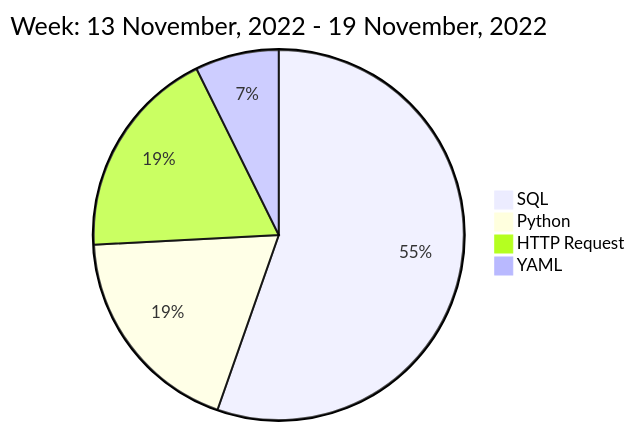
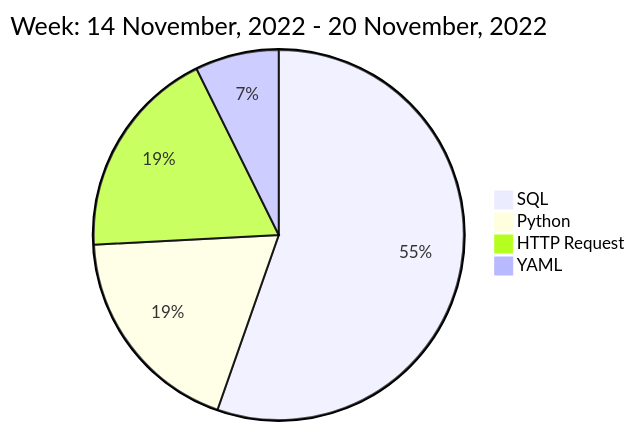
Before and after one commit to liubin95/liubin95: the diagram in README.md, drawn with Mermaid.

Commit message:
Updated the Graph with new Metrics

````diff
--- a/README.md
+++ b/README.md
@@ -40,8 +40,8 @@
 ```mermaid
  pie
-title Week: 13 November, 2022 - 19 November, 2022
+title Week: 14 November, 2022 - 20 November, 2022
  "SQL" : 5.83
  "Python" : 1.98
  "HTTP Request" : 1.95
  "YAML" : 0.77
 ```
````
